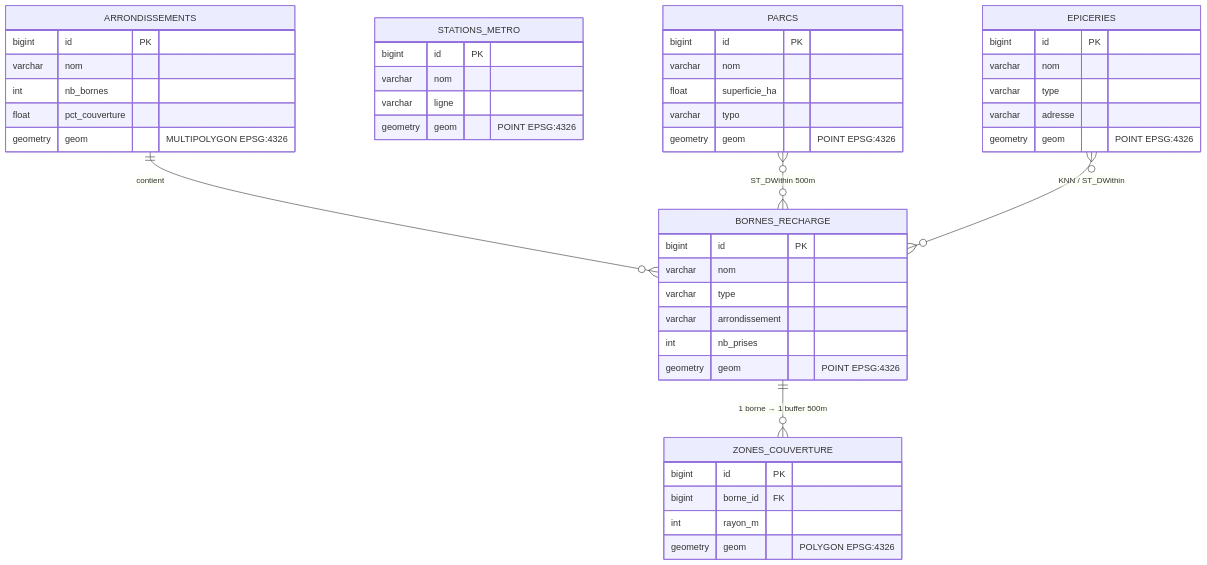
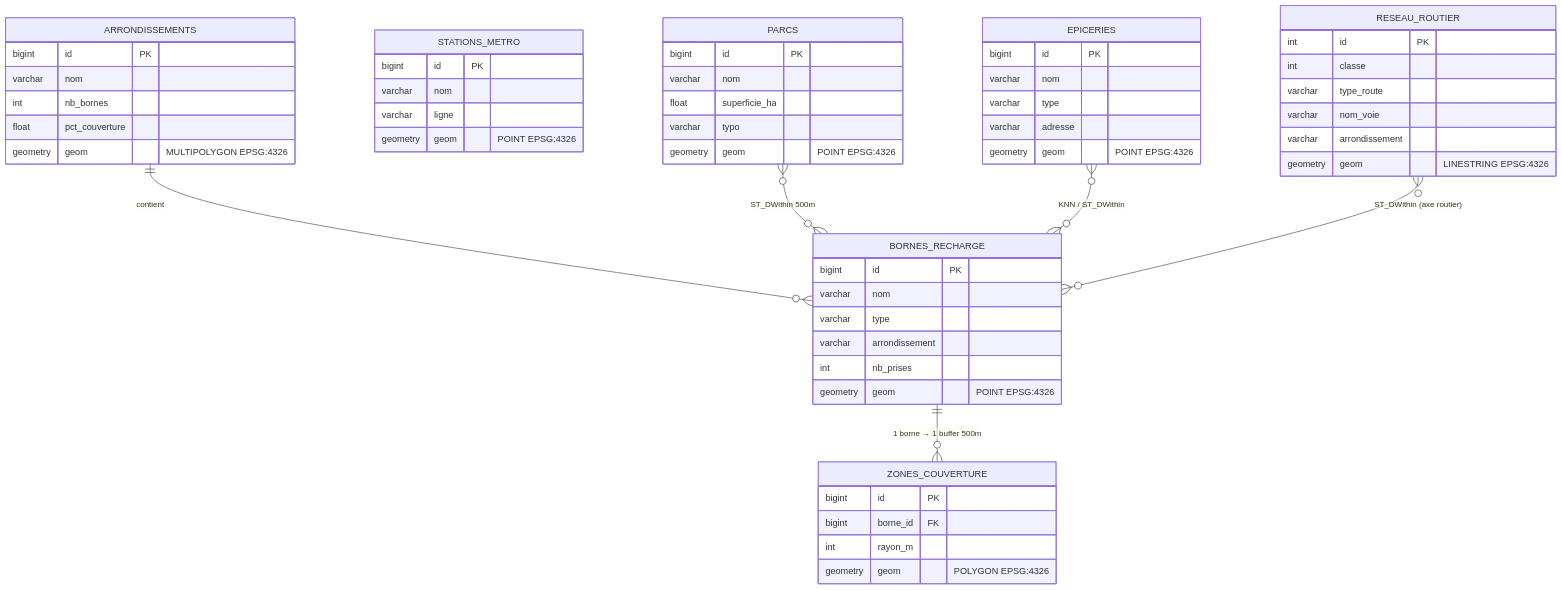
One commit to modou5604501/projet_Session changed the third of 5 diagrams in DIAGRAMME_MERMAID.md. Above: the diagram before and after it, drawn with Mermaid. The commit also changed other lines of this file, not shown here.

````diff
--- a/DIAGRAMME_MERMAID.md
+++ b/DIAGRAMME_MERMAID.md
@@ -91,49 +92,58 @@
 ```mermaid
 erDiagram
     BORNES_RECHARGE {
         bigint id PK
         varchar nom
         varchar type
         varchar arrondissement
         int nb_prises
         geometry geom "POINT EPSG:4326"
     }
     ZONES_COUVERTURE {
         bigint id PK
         bigint borne_id FK
         int rayon_m
         geometry geom "POLYGON EPSG:4326"
     }
     ARRONDISSEMENTS {
         bigint id PK
         varchar nom
         int nb_bornes
         float pct_couverture
         geometry geom "MULTIPOLYGON EPSG:4326"
     }
     STATIONS_METRO {
         bigint id PK
         varchar nom
         varchar ligne
         geometry geom "POINT EPSG:4326"
     }
     PARCS {
         bigint id PK
         varchar nom
         float superficie_ha
         varchar typo
         geometry geom "POINT EPSG:4326"
     }
     EPICERIES {
         bigint id PK
         varchar nom
         varchar type
         varchar adresse
         geometry geom "POINT EPSG:4326"
     }
+    RESEAU_ROUTIER {
+        int id PK
+        int classe
+        varchar type_route
+        varchar nom_voie
+        varchar arrondissement
+        geometry geom "LINESTRING EPSG:4326"
+    }
 
     BORNES_RECHARGE ||--o{ ZONES_COUVERTURE : "1 borne → 1 buffer 500m"
     ARRONDISSEMENTS ||--o{ BORNES_RECHARGE : "contient"
     PARCS }o--o{ BORNES_RECHARGE : "ST_DWithin 500m"
     EPICERIES }o--o{ BORNES_RECHARGE : "KNN / ST_DWithin"
+    RESEAU_ROUTIER }o--o{ BORNES_RECHARGE : "ST_DWithin (axe routier)"
 ```
````
